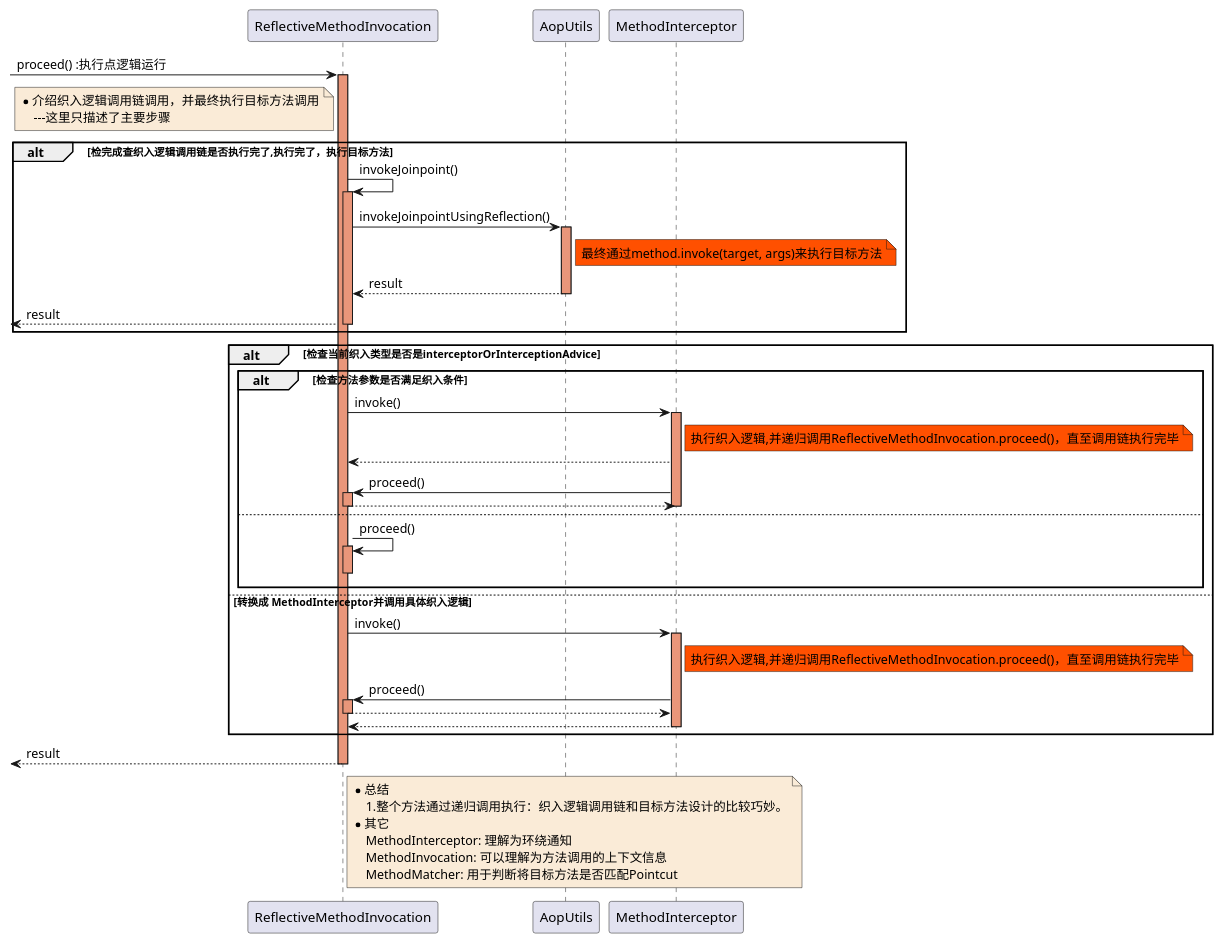
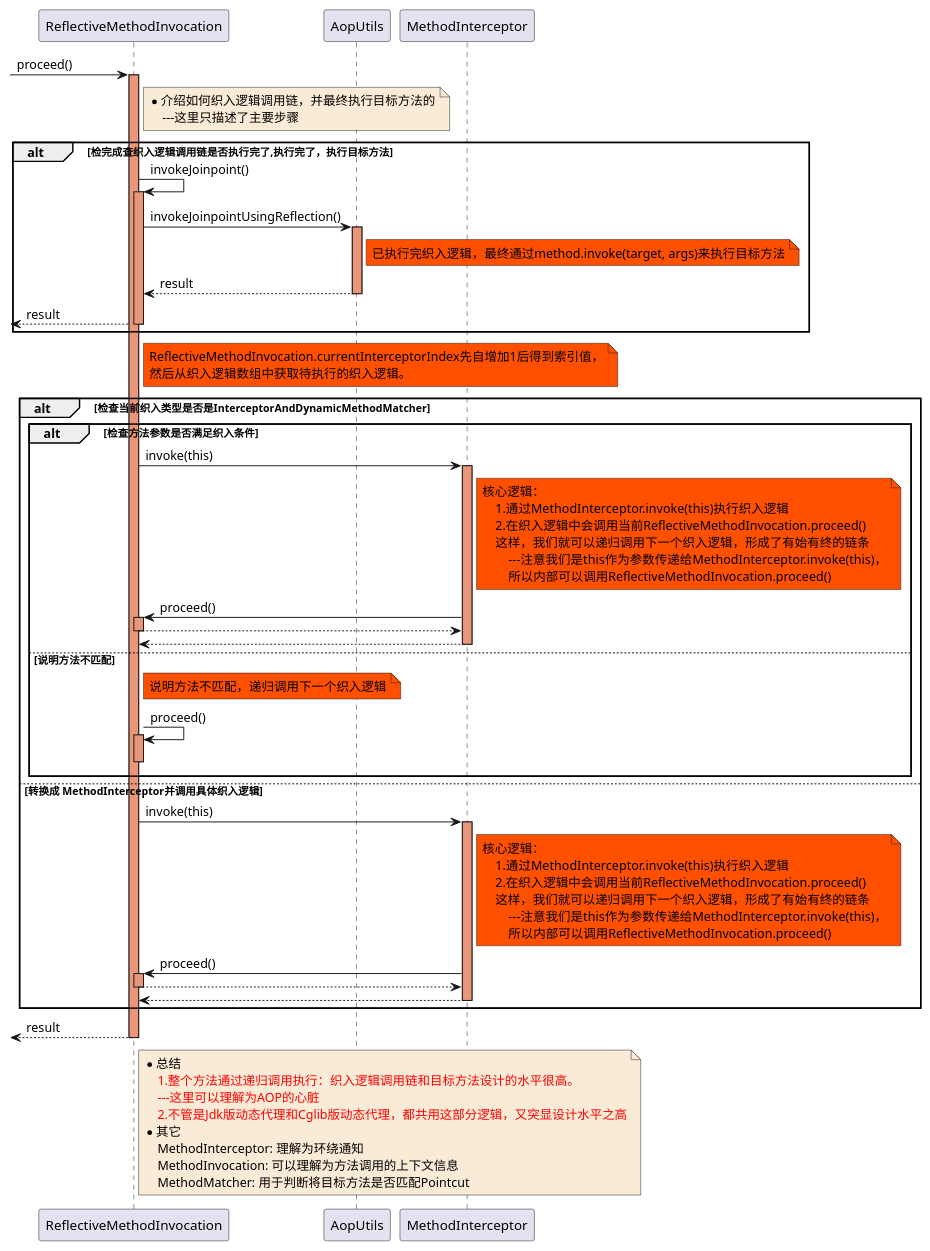
Before and after one commit to czwer/learn-spring-code: the diagram in document/spring/base/sequence/AOP-ProxyInvoke-2-ReflectiveMethodInvocation_proceed-sequence.puml, drawn with PlantUML. The commit also changed 5 other files, not shown here.

Commit message:
修改代理对象执行时的时序图

```diff
--- a/document/spring/base/sequence/AOP-ProxyInvoke-2-ReflectiveMethodInvocation_proceed-sequence.puml
+++ b/document/spring/base/sequence/AOP-ProxyInvoke-2-ReflectiveMethodInvocation_proceed-sequence.puml
@@ -1,73 +1,93 @@
 @startuml
--> ReflectiveMethodInvocation: proceed() :执行点逻辑运行
+-> ReflectiveMethodInvocation: proceed()
 activate ReflectiveMethodInvocation #DarkSalmon
 
-note left of ReflectiveMethodInvocation #FAEBD7
-    *介绍织入逻辑调用链调用，并最终执行目标方法调用
+note right of ReflectiveMethodInvocation #FAEBD7
+    *介绍如何织入逻辑调用链，并最终执行目标方法的
         ---这里只描述了主要步骤
 end note
     alt 检完成查织入逻辑调用链是否执行完了,执行完了，执行目标方法
         ReflectiveMethodInvocation -> ReflectiveMethodInvocation : invokeJoinpoint()
         activate ReflectiveMethodInvocation #DarkSalmon
             ReflectiveMethodInvocation -> AopUtils : invokeJoinpointUsingReflection()
             activate AopUtils #DarkSalmon
                 note right of AopUtils #FF5000
-                    最终通过method.invoke(target, args)来执行目标方法
+                    已执行完织入逻辑，最终通过method.invoke(target, args)来执行目标方法
                 end note
             AopUtils --> ReflectiveMethodInvocation : result
             deactivate AopUtils
     <-- ReflectiveMethodInvocation : result
         deactivate ReflectiveMethodInvocation
     end
 
-    alt 检查当前织入类型是否是interceptorOrInterceptionAdvice
+    note right of ReflectiveMethodInvocation #FF5000
+        ReflectiveMethodInvocation.currentInterceptorIndex先自增加1后得到索引值，
+        然后从织入逻辑数组中获取待执行的织入逻辑。
+    end note
+
+    alt 检查当前织入类型是否是InterceptorAndDynamicMethodMatcher
         alt 检查方法参数是否满足织入条件
-            ReflectiveMethodInvocation -> MethodInterceptor :invoke()
+            ReflectiveMethodInvocation -> MethodInterceptor :invoke(this)
             activate MethodInterceptor #DarkSalmon
+
                 note right of MethodInterceptor #FF5000
-                    执行织入逻辑,并递归调用ReflectiveMethodInvocation.proceed()，直至调用链执行完毕
+                    核心逻辑：
+                        1.通过MethodInterceptor.invoke(this)执行织入逻辑
+                        2.在织入逻辑中会调用当前ReflectiveMethodInvocation.proceed()
+                        这样，我们就可以递归调用下一个织入逻辑，形成了有始有终的链条
+                            ---注意我们是this作为参数传递给MethodInterceptor.invoke(this)，
+                            所以内部可以调用ReflectiveMethodInvocation.proceed()
                 end note
+                MethodInterceptor -> ReflectiveMethodInvocation :proceed()
+                activate ReflectiveMethodInvocation #DarkSalmon
+                ReflectiveMethodInvocation --> MethodInterceptor
+                deactivate ReflectiveMethodInvocation
+
             MethodInterceptor --> ReflectiveMethodInvocation
+            deactivate MethodInterceptor
+        else 说明方法不匹配
 
-            MethodInterceptor -> ReflectiveMethodInvocation :proceed()
-            activate ReflectiveMethodInvocation #DarkSalmon
-            ReflectiveMethodInvocation --> MethodInterceptor
-            deactivate ReflectiveMethodInvocation
-
-            deactivate MethodInterceptor
-        else
-
-
+            note right of ReflectiveMethodInvocation #FF5000
+                说明方法不匹配，递归调用下一个织入逻辑
+            end note
             ReflectiveMethodInvocation -> ReflectiveMethodInvocation :proceed()
             activate ReflectiveMethodInvocation #DarkSalmon
-
             deactivate ReflectiveMethodInvocation
         end
 
     else 转换成 MethodInterceptor并调用具体织入逻辑
-        ReflectiveMethodInvocation -> MethodInterceptor :invoke()
+        ReflectiveMethodInvocation -> MethodInterceptor :invoke(this)
         activate MethodInterceptor #DarkSalmon
+
             note right of MethodInterceptor #FF5000
-                执行织入逻辑,并递归调用ReflectiveMethodInvocation.proceed()，直至调用链执行完毕
+                核心逻辑：
+                    1.通过MethodInterceptor.invoke(this)执行织入逻辑
+                    2.在织入逻辑中会调用当前ReflectiveMethodInvocation.proceed()
+                    这样，我们就可以递归调用下一个织入逻辑，形成了有始有终的链条
+                        ---注意我们是this作为参数传递给MethodInterceptor.invoke(this)，
+                        所以内部可以调用ReflectiveMethodInvocation.proceed()
             end note
 
             MethodInterceptor -> ReflectiveMethodInvocation :proceed()
             activate ReflectiveMethodInvocation #DarkSalmon
             ReflectiveMethodInvocation --> MethodInterceptor
             deactivate ReflectiveMethodInvocation
 
         MethodInterceptor --> ReflectiveMethodInvocation
         deactivate MethodInterceptor
     end
+
 <-- ReflectiveMethodInvocation : result
 deactivate ReflectiveMethodInvocation
 note right of ReflectiveMethodInvocation #FAEBD7
 *总结
-    1.整个方法通过递归调用执行：织入逻辑调用链和目标方法设计的比较巧妙。
+    <font color=red>1.整个方法通过递归调用执行：织入逻辑调用链和目标方法设计的水平很高。</font>
+    <font color=red>---这里可以理解为AOP的心脏</font>
+    <font color=red>2.不管是Jdk版动态代理和Cglib版动态代理，都共用这部分逻辑，又突显设计水平之高</font>
 *其它
     MethodInterceptor: 理解为环绕通知
     MethodInvocation: 可以理解为方法调用的上下文信息
     MethodMatcher: 用于判断将目标方法是否匹配Pointcut
 end note
 
 @enduml
```
